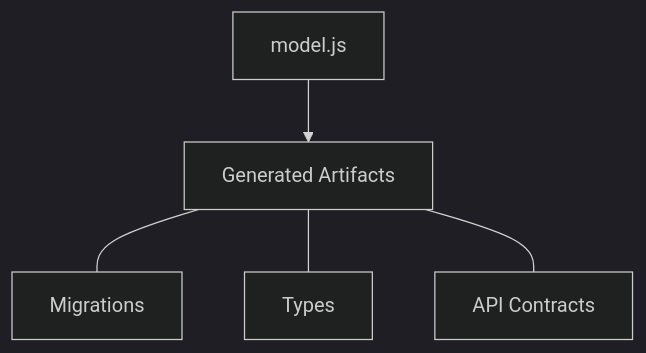
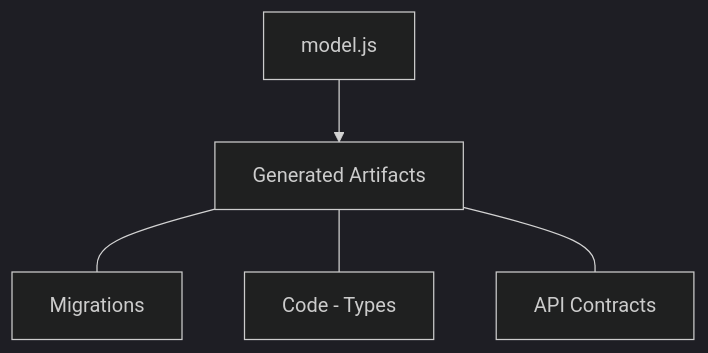
The diagram in README.md (hlop3z/astroladb), drawn with Mermaid (dark theme) before and after one commit. The commit also changed other lines of this file and 3 other files, not shown here.

````diff
--- a/README.md
+++ b/README.md
@@ -53,8 +40,8 @@
 ```mermaid
 flowchart TD
     A[model.js] --> B[Generated Artifacts]
 
     B --- D[Migrations]
-    B --- E[Types]
+    B --- E[Code - Types]
     B --- F[API Contracts]
 ```
````
